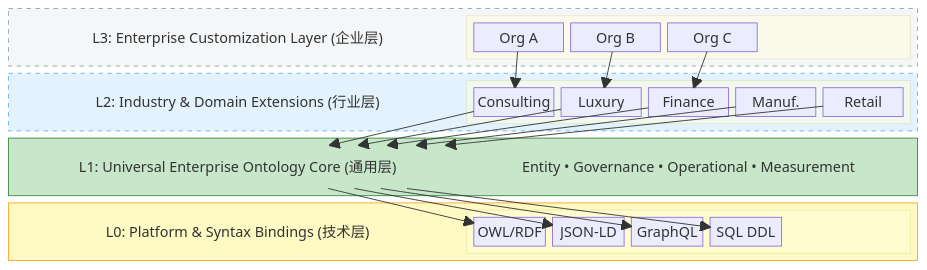
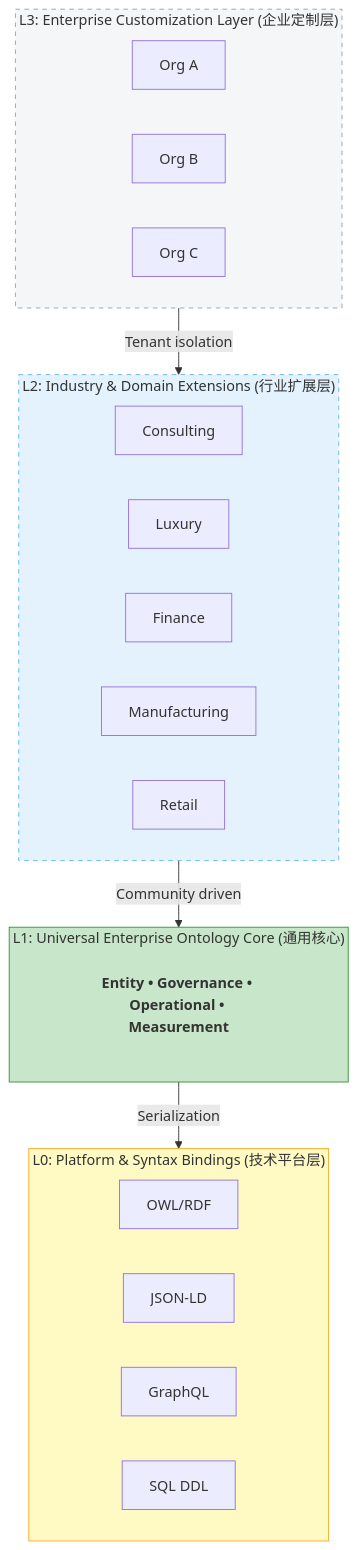
Before and after one commit to ramphias/universal-ontology-definition: the diagram in docs-site/architecture/four-layer-model.md, drawn with Mermaid.

Commit message:
docs: beautify four layer model mermaid diagram

````diff
--- a/docs-site/architecture/four-layer-model.md
+++ b/docs-site/architecture/four-layer-model.md
@@ -8,57 +8,41 @@
 ```mermaid
-block-beta
-    columns 1
-    
-    block:l3:1
-        L3Text["L3: Enterprise Customization Layer (企业层)"]
-        block:l3col
-            columns 3
-            Oa["Org A"] Ob["Org B"] Oc["Org C"]
-        end
+graph TB
+    subgraph L3["L3: Enterprise Customization Layer (企业定制层)"]
+        direction LR
+        Oa["Org A"] 
+        Ob["Org B"] 
+        Oc["Org C"]
     end
     
-    block:l2:1
-        L2Text["L2: Industry & Domain Extensions (行业层)"]
-        block:l2col
-            columns 5
-            C["Consulting"] L["Luxury"] F["Finance"] M["Manuf."] R["Retail"]
-        end
+    subgraph L2["L2: Industry & Domain Extensions (行业扩展层)"]
+        direction LR
+        C["Consulting"]
+        L["Luxury"]
+        F["Finance"]
+        M["Manufacturing"]
+        R["Retail"]
     end
     
-    block:l1:1
-        L1Text["L1: Universal Enterprise Ontology Core (通用层)"]
+    subgraph L1["L1: Universal Enterprise Ontology Core (通用核心)"]
+        direction LR
         L1Subs["Entity • Governance • Operational • Measurement"]
     end
     
-    block:l0:1
-        L0Text["L0: Platform & Syntax Bindings (技术层)"]
-        block:l0col
-            columns 4
-            OWL["OWL/RDF"] JLD["JSON-LD"] GQL["GraphQL"] SQL["SQL DDL"]
-        end
+    subgraph L0["L0: Platform & Syntax Bindings (技术平台层)"]
+        direction LR
+        OWL["OWL/RDF"]
+        JLD["JSON-LD"]
+        GQL["GraphQL"]
+        SQL["SQL DDL"]
     end
     
-    style l3 fill:#f4f6f8,stroke:#90a4ae,stroke-dasharray:5 5
-    style l2 fill:#e3f2fd,stroke:#64b5f6,stroke-dasharray:5 5
-    style l1 fill:#c8e6c9,stroke:#388e3c
-    style l0 fill:#fff9c4,stroke:#f9a825
-    style L3Text fill:transparent,stroke:none,font-weight:bold
-    style L2Text fill:transparent,stroke:none,font-weight:bold
-    style L1Text fill:transparent,stroke:none,font-weight:bold
-    style L0Text fill:transparent,stroke:none,font-weight:bold
-    style L1Subs fill:transparent,stroke:none
+    L3 -->|Tenant isolation| L2
+    L2 -->|Community driven| L1
+    L1 -->|Serialization| L0
     
-    Oa-->C
-    Ob-->L
-    Oc-->F
-    C-->L1Text
-    L-->L1Text
-    F-->L1Text
-    M-->L1Text
-    R-->L1Text
-    
-    L1Text-->OWL
-    L1Text-->JLD
-    L1Text-->GQL
-    L1Text-->SQL
+    style L3 fill:#f4f6f8,stroke:#90a4ae,stroke-dasharray:5 5
+    style L2 fill:#e3f2fd,stroke:#64b5f6,stroke-dasharray:5 5
+    style L1 fill:#c8e6c9,stroke:#388e3c
+    style L0 fill:#fff9c4,stroke:#f9a825
+    style L1Subs fill:transparent,stroke:none,font-weight:bold
 ```
````
